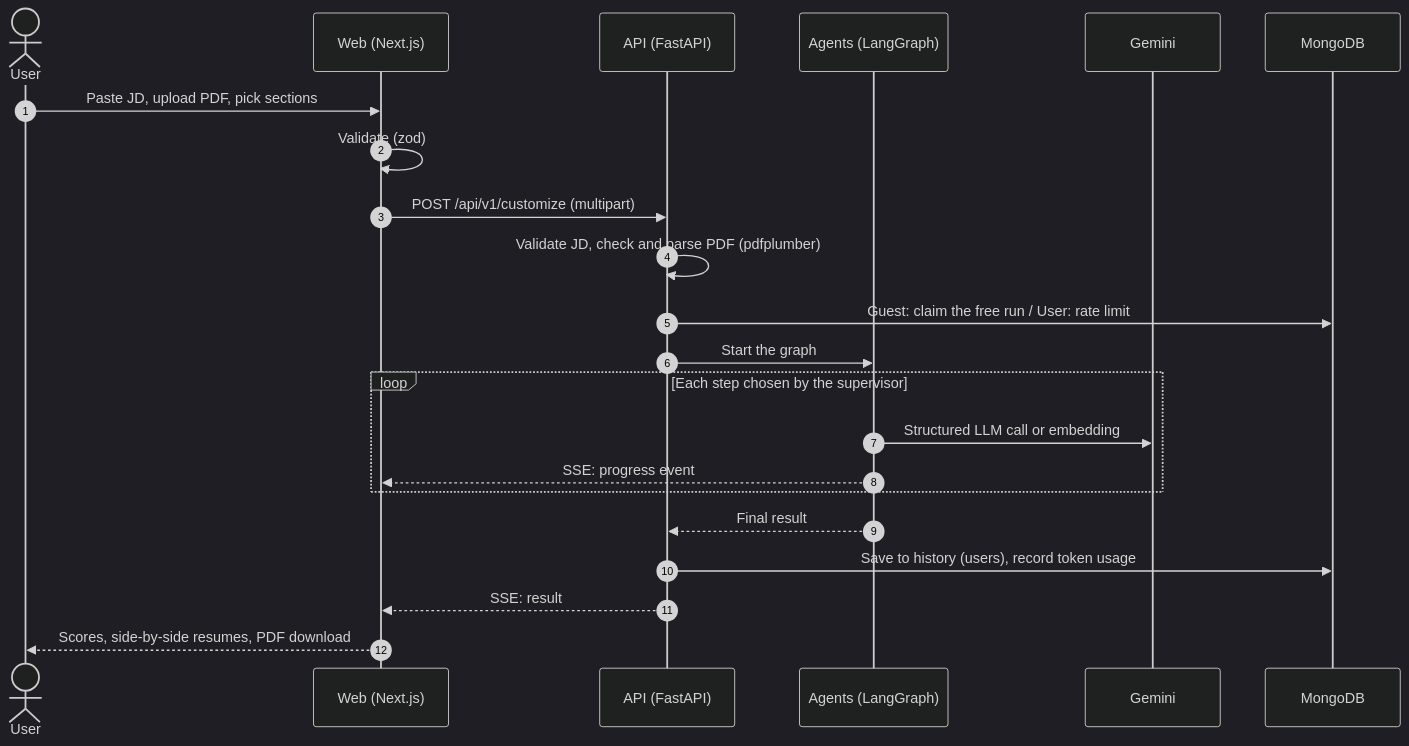
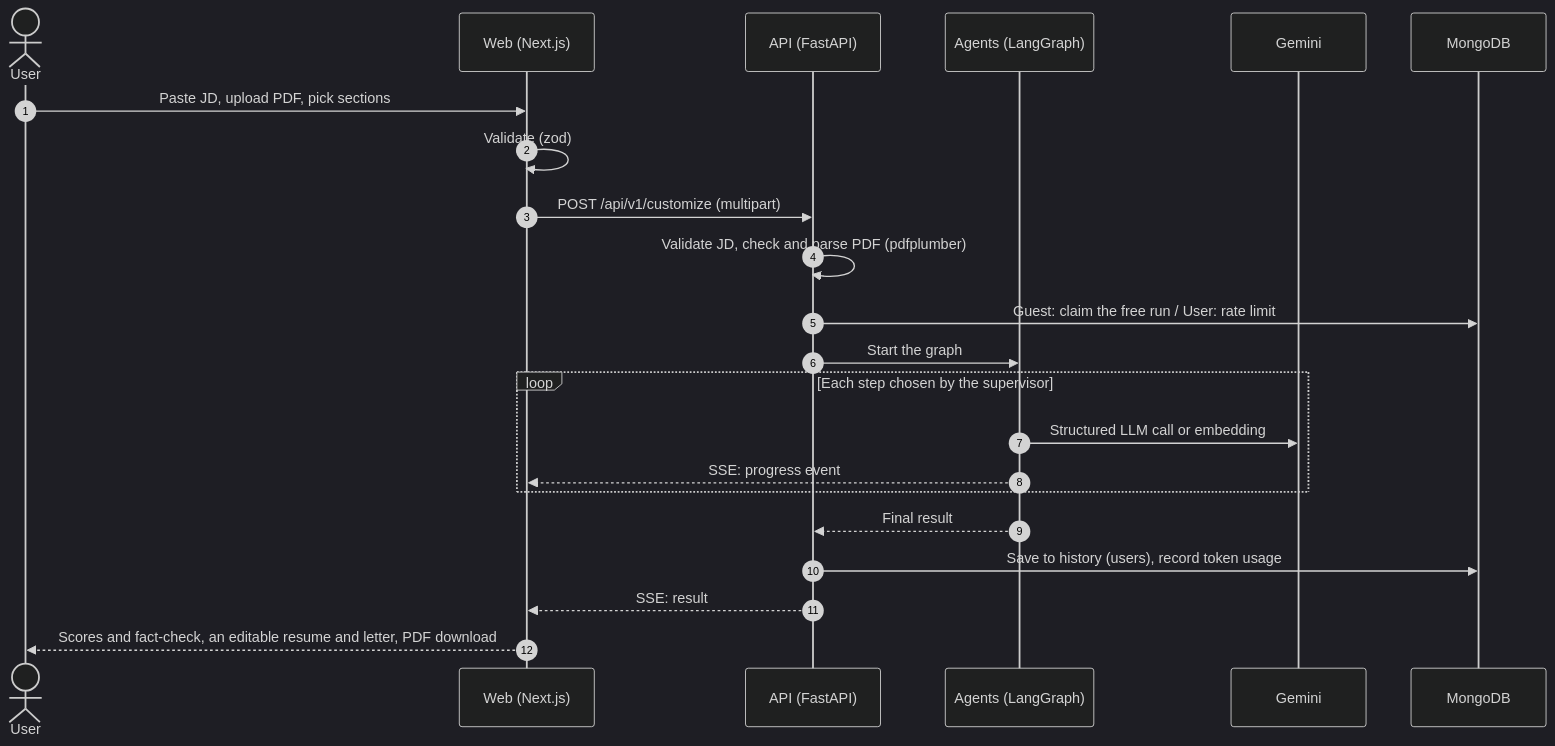
The second of 3 diagrams in README.md (suryanshparashar/patra-shilpi), drawn with Mermaid (dark theme) before and after one commit. The commit also changed other lines of this file and 1 other file, not shown here.

Commit message:
Update README and UPDATES.md to include enhanced fact-checking details, redesigned sidebar, and improved PDF output

````diff
--- a/README.md
+++ b/README.md
@@ -130,25 +131,25 @@
 ```mermaid
 sequenceDiagram
     autonumber
     actor U as User
     participant W as Web (Next.js)
     participant A as API (FastAPI)
     participant G as Agents (LangGraph)
     participant L as Gemini
     participant D as MongoDB
 
     U->>W: Paste JD, upload PDF, pick sections
     W->>W: Validate (zod)
     W->>A: POST /api/v1/customize (multipart)
     A->>A: Validate JD, check and parse PDF (pdfplumber)
     A->>D: Guest: claim the free run / User: rate limit
     A->>G: Start the graph
     loop Each step chosen by the supervisor
         G->>L: Structured LLM call or embedding
         G-->>W: SSE: progress event
     end
     G-->>A: Final result
     A->>D: Save to history (users), record token usage
     A-->>W: SSE: result
-    W-->>U: Scores, side-by-side resumes, PDF download
+    W-->>U: Scores and fact-check, an editable resume and letter, PDF download
 ```
````
